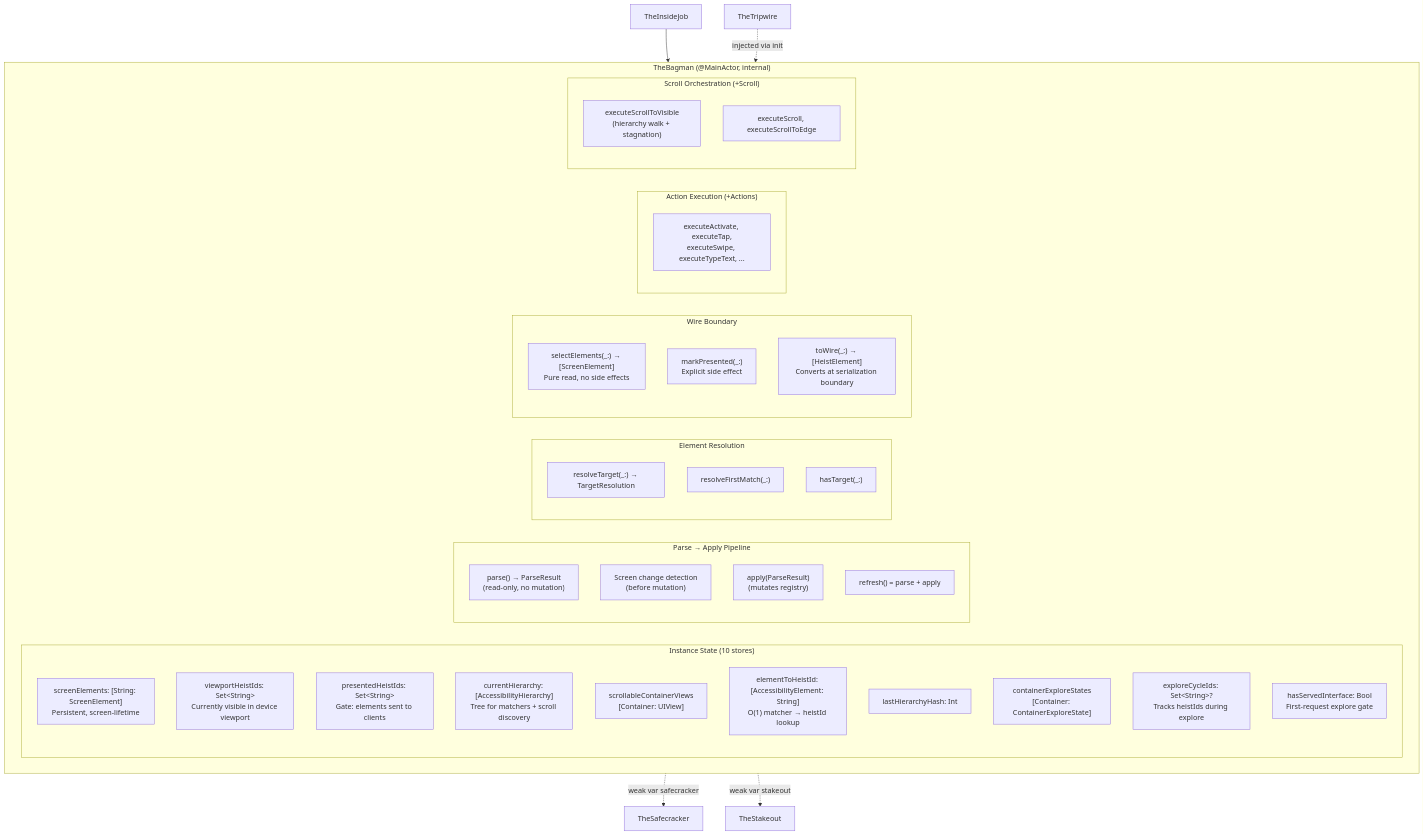
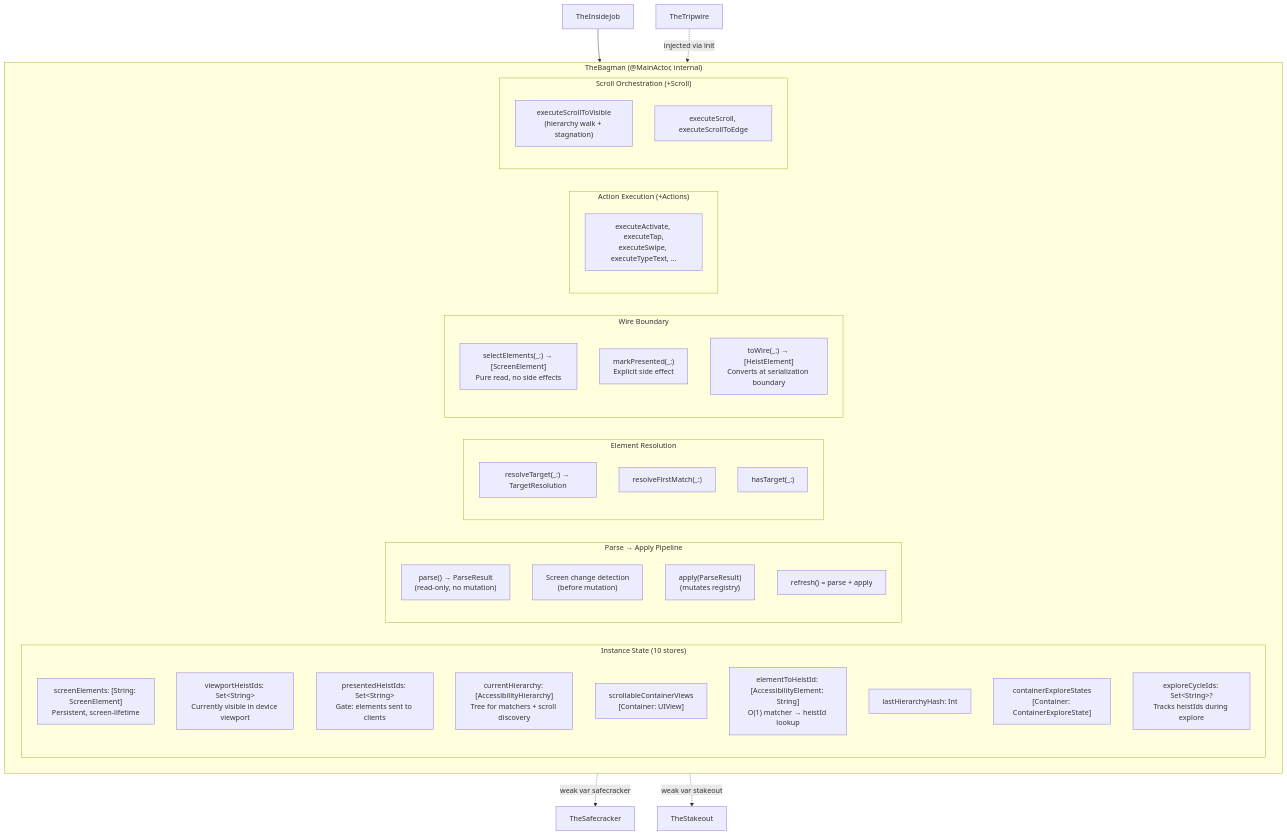
The second of 7 diagrams in docs/dossiers/13-THEBAGMAN.md (RoyalPineapple/TheButtonHeist), drawn with Mermaid before and after one commit. The commit also changed other lines of this file and 2 other files, not shown here.

Commit message:
Remove hasServedInterface gate, rely on fingerprint cache for explore dedup (#234)
The boolean was a one-shot gate duplicating what the container fingerprint
cache already handles — skip unchanged containers on every explore call.
Now sendInterface unconditionally calls exploreAndPrune(), which is
near-free on static screens thanks to the cache.

````diff
--- a/docs/dossiers/13-THEBAGMAN.md
+++ b/docs/dossiers/13-THEBAGMAN.md
@@ -66,50 +66,49 @@
 ```mermaid
 graph TD
     subgraph TheBagman["TheBagman (@MainActor, internal)"]
         subgraph Stores["Instance State (10 stores)"]
             Registry["screenElements: [String: ScreenElement]<br/>Persistent, screen-lifetime"]
             Viewport["viewportHeistIds: Set&lt;String&gt;<br/>Currently visible in device viewport"]
             Presented["presentedHeistIds: Set&lt;String&gt;<br/>Gate: elements sent to clients"]
             Hierarchy["currentHierarchy: [AccessibilityHierarchy]<br/>Tree for matchers + scroll discovery"]
             ScrollViews["scrollableContainerViews<br/>[Container: UIView]"]
             ReverseIdx["elementToHeistId: [AccessibilityElement: String]<br/>O(1) matcher → heistId lookup"]
             Hash["lastHierarchyHash: Int"]
             ContainerCache["containerExploreStates<br/>[Container: ContainerExploreState]"]
             ExploreCycle["exploreCycleIds: Set&lt;String&gt;?<br/>Tracks heistIds during explore"]
-            ServedFlag["hasServedInterface: Bool<br/>First-request explore gate"]
         end
 
         subgraph Pipeline["Parse → Apply Pipeline"]
             Parse["parse() → ParseResult<br/>(read-only, no mutation)"]
             Detect["Screen change detection<br/>(before mutation)"]
             Apply["apply(ParseResult)<br/>(mutates registry)"]
             Refresh["refresh() = parse + apply"]
         end
 
         subgraph Resolution["Element Resolution"]
             ResolveTarget["resolveTarget(_:) → TargetResolution"]
             ResolveFirstMatch["resolveFirstMatch(_:)"]
             HasTarget["hasTarget(_:)"]
         end
 
         subgraph Wire["Wire Boundary"]
             Select["selectElements(_:) → [ScreenElement]<br/>Pure read, no side effects"]
             Mark["markPresented(_:)<br/>Explicit side effect"]
             ToWire["toWire(_:) → [HeistElement]<br/>Converts at serialization boundary"]
         end
 
         subgraph Actions["Action Execution (+Actions)"]
             Activate["executeActivate, executeTap,<br/>executeSwipe, executeTypeText, ..."]
         end
 
         subgraph Scrolling["Scroll Orchestration (+Scroll)"]
             ScrollVis["executeScrollToVisible<br/>(hierarchy walk + stagnation)"]
             ScrollCmd["executeScroll, executeScrollToEdge"]
         end
     end
 
     TheInsideJob["TheInsideJob"] --> TheBagman
     TheTripwire["TheTripwire"] -.->|injected via init| TheBagman
     TheBagman -.->|"weak var safecracker"| TheSafecracker["TheSafecracker"]
     TheBagman -.->|"weak var stakeout"| TheStakeout["TheStakeout"]
 ```
````
